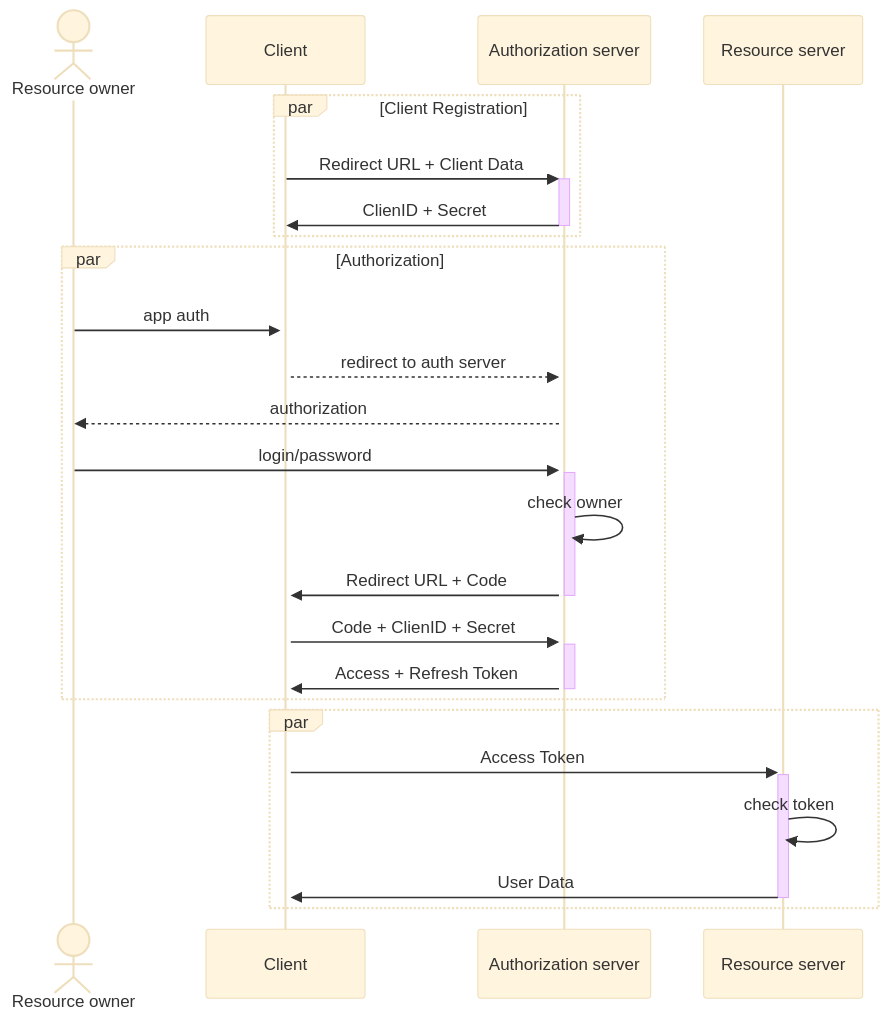
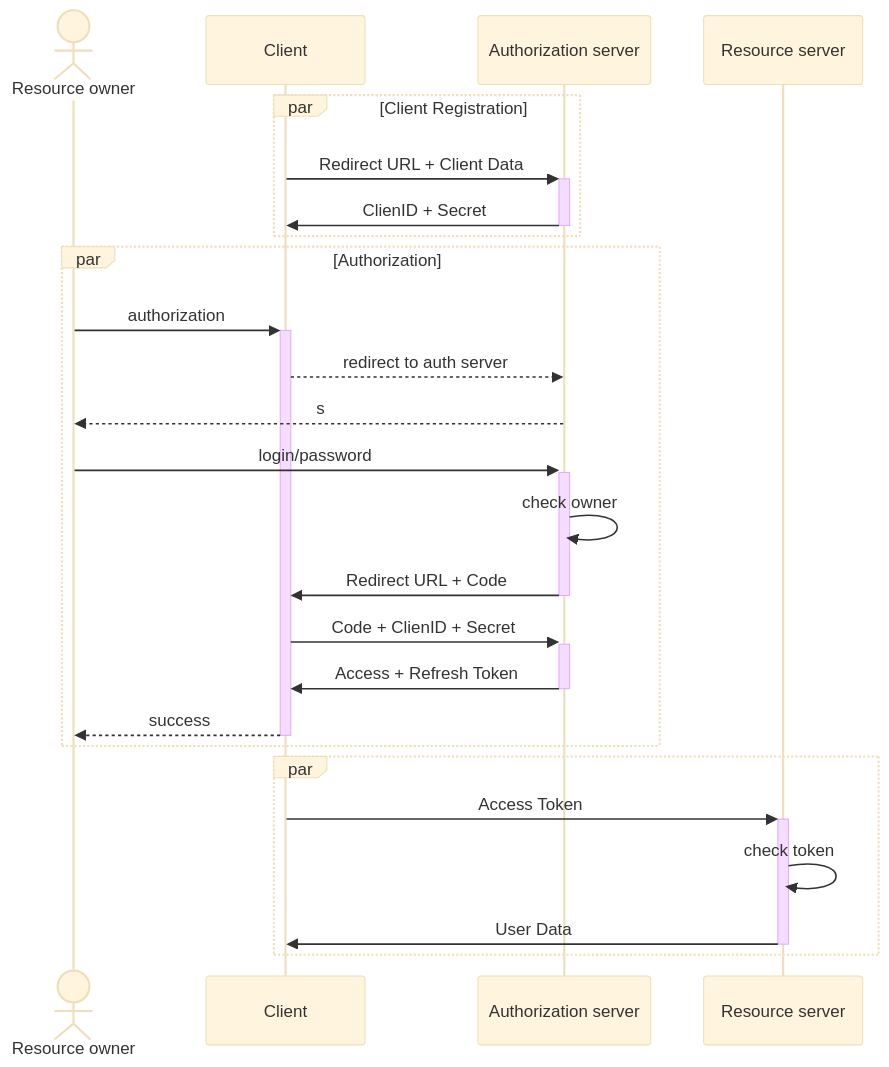
Before and after one commit to danzay42/Wiki: the third of 3 diagrams in CS/Authorization.md, drawn with Mermaid (base theme). The commit also changed other lines of this file, not shown here.

Commit message:
vault backup: 2023-08-16 23:19:19
Affected files:
CS/Authorization.md

````diff
--- a/CS/Authorization.md
+++ b/CS/Authorization.md
@@ -98,35 +93,33 @@
 ```mermaid
 sequenceDiagram
 	%%autonumber%%
 	actor o as Resource owner
 	participant c as Client
 	participant a as Authorization server
 	participant r as Resource server
 
 	par Client Registration
 		c ->>+ a: Redirect URL + Client Data
 		a ->>- c: ClienID + Secret
 	end
 
 	par Authorization
-		o ->>+ c: app auth
-		c -->>+ a: redirect to auth server
+		o ->>+ c: authorization
+		c -->> a: redirect to auth server
 		
-		a -->> o: authorization
+		a -->> o: s
 		o ->>+ a: login/password
-	
-
 		a ->> a: check owner
-
-	
 		a ->>- c: Redirect URL + Code
 		c ->>+ a: Code + ClienID + Secret
 		a ->>- c: Access + Refresh Token
+
+		c -->>- o: success
 	end
 
 	par
 		c ->>+ r: Access Token
 		r ->> r: check token
 		r ->>- c: User Data
 	end
 ```
````
